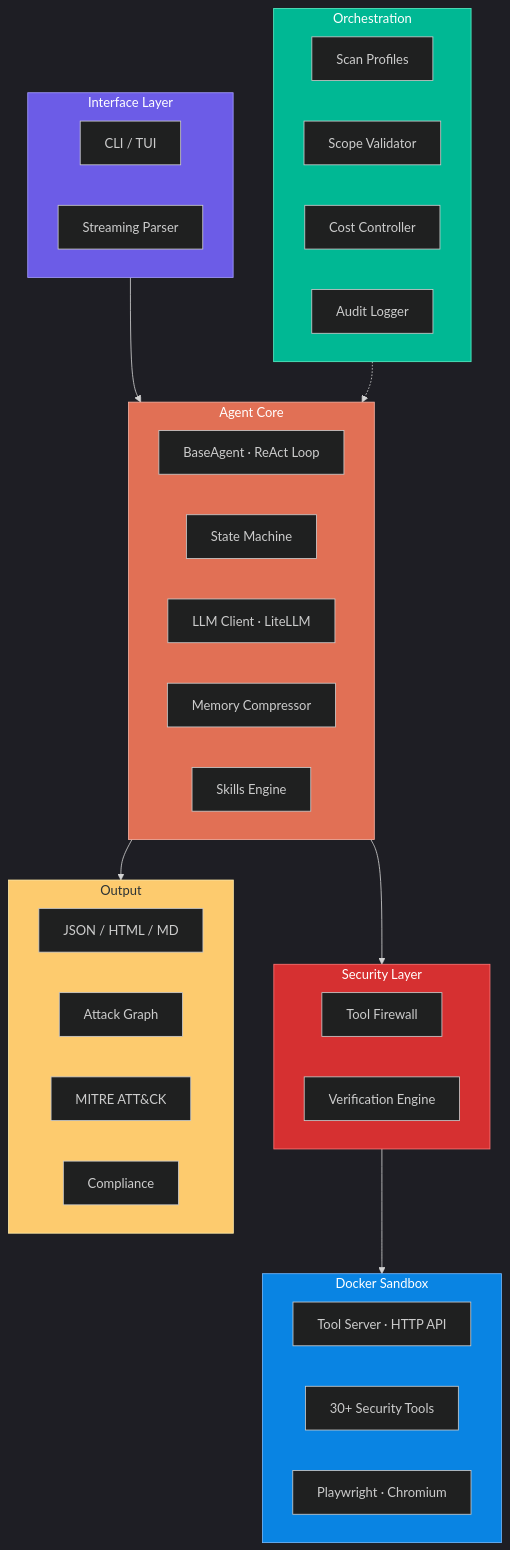
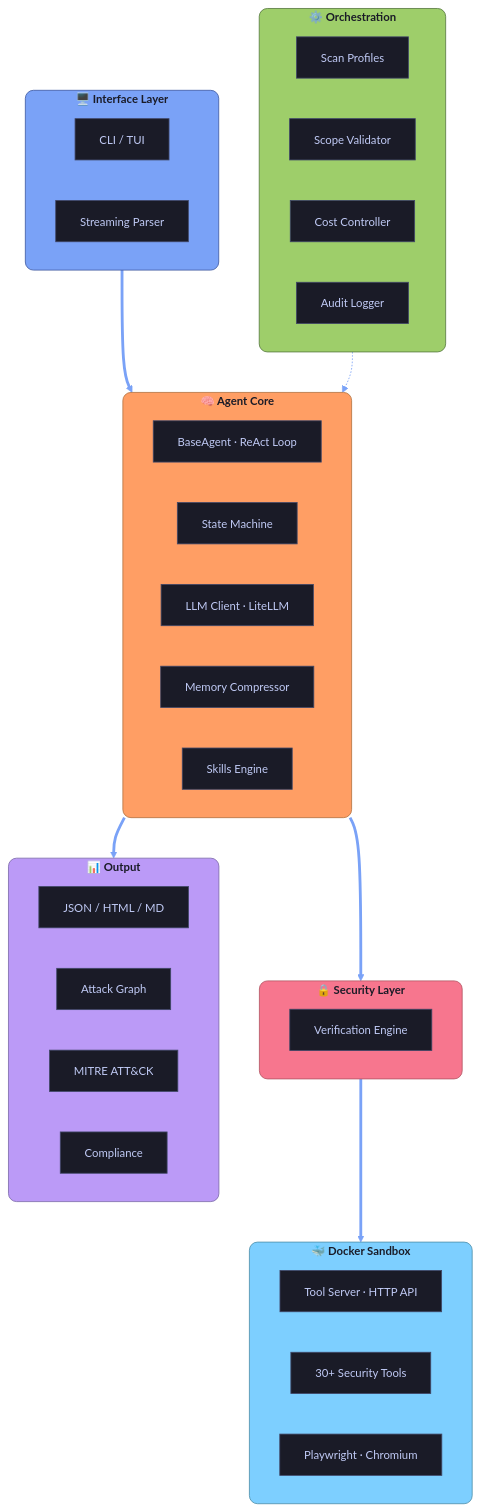
One commit to Usta0x001/Phantom changed the first of 4 diagrams in README.md. Above: the diagram before and after it, drawn with Mermaid. The commit also changed other lines of this file and 3 other files, not shown here.

````diff
--- a/README.md
+++ b/README.md
@@ -73,54 +109,59 @@
 ```mermaid
-%%{init: {'theme': 'dark'}}%%
+%%{init: {'theme': 'base', 'themeVariables': {'primaryColor': '#1a1b27', 'primaryTextColor': '#c0caf5', 'primaryBorderColor': '#414868', 'lineColor': '#7aa2f7', 'secondaryColor': '#24283b', 'tertiaryColor': '#1a1b27', 'fontSize': '14px'}}}%%
 flowchart TB
-    subgraph Interface["Interface Layer"]
+    subgraph Interface["<b>🖥️ Interface Layer</b>"]
+        direction LR
         CLI["CLI / TUI"]
         Stream["Streaming Parser"]
     end
 
-    subgraph Orchestration["Orchestration"]
+    subgraph Orchestration["<b>⚙️ Orchestration</b>"]
+        direction LR
         Profile["Scan Profiles"]
         Scope["Scope Validator"]
         Cost["Cost Controller"]
         Audit["Audit Logger"]
     end
 
-    subgraph Agent["Agent Core"]
+    subgraph Agent["<b>🧠 Agent Core</b>"]
+        direction LR
         ReAct["BaseAgent · ReAct Loop"]
         State["State Machine"]
         LLM["LLM Client · LiteLLM"]
         Memory["Memory Compressor"]
         Skills["Skills Engine"]
     end
 
-    subgraph Security["Security Layer"]
-        Firewall["Tool Firewall"]
+    subgraph Security["<b>🔒 Security Layer</b>"]
+        direction LR
         Verifier["Verification Engine"]
     end
 
-    subgraph Execution["Docker Sandbox"]
+    subgraph Execution["<b>🐳 Docker Sandbox</b>"]
+        direction LR
         ToolServer["Tool Server · HTTP API"]
         Tools["30+ Security Tools"]
         Browser["Playwright · Chromium"]
     end
 
-    subgraph Output["Output"]
+    subgraph Output["<b>📊 Output</b>"]
+        direction LR
         Reports["JSON / HTML / MD"]
         Graph["Attack Graph"]
         MITRE["MITRE ATT&CK"]
         Compliance["Compliance"]
     end
 
-    Interface --> Agent
+    Interface ==> Agent
     Orchestration -.-> Agent
-    Agent --> Security
-    Security --> Execution
-    Agent --> Output
+    Agent ==> Security
+    Security ==> Execution
+    Agent ==> Output
 
-    style Interface fill:#6c5ce7,stroke:#a29bfe,color:#fff
-    style Orchestration fill:#00b894,stroke:#55efc4,color:#fff
-    style Agent fill:#e17055,stroke:#fab1a0,color:#fff
-    style Security fill:#d63031,stroke:#ff7675,color:#fff
-    style Execution fill:#0984e3,stroke:#74b9ff,color:#fff
-    style Output fill:#fdcb6e,stroke:#ffeaa7,color:#2d3436
+    style Interface fill:#7aa2f7,stroke:#3d59a1,color:#1a1b27,rx:10
+    style Orchestration fill:#9ece6a,stroke:#56783e,color:#1a1b27,rx:10
+    style Agent fill:#ff9e64,stroke:#b3713f,color:#1a1b27,rx:10
+    style Security fill:#f7768e,stroke:#b35562,color:#1a1b27,rx:10
+    style Execution fill:#7dcfff,stroke:#4d8faa,color:#1a1b27,rx:10
+    style Output fill:#bb9af7,stroke:#7c6aaa,color:#1a1b27,rx:10
 ```
````
